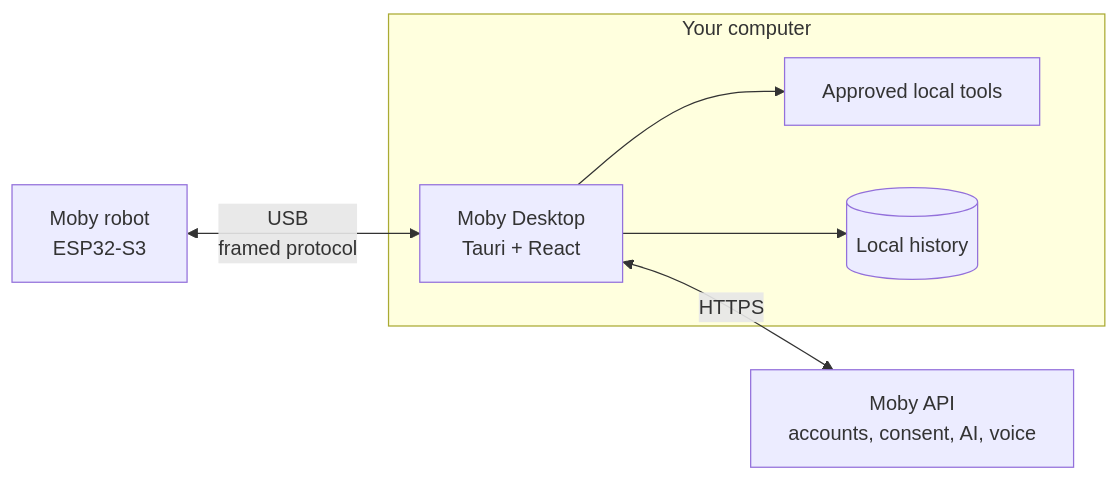
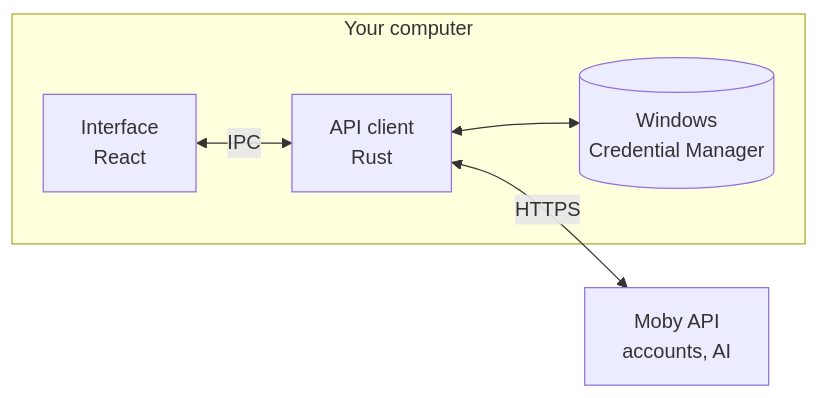
Before and after one commit to mobyuz/moby-desktop: the diagram in README.md, drawn with Mermaid. The commit also changed other lines of this file and 48 other files, not shown here.

First line of the commit message:
feat: replace demo screens with a working API client and chat

````diff
--- a/README.md
+++ b/README.md
@@ -81,12 +74,8 @@
 ```mermaid
 flowchart LR
-    Robot["Moby robot<br/>ESP32-S3"] <-->|"USB<br/>framed protocol"| App
     subgraph PC["Your computer"]
-        App["Moby Desktop<br/>Tauri + React"]
-        Tools["Approved local tools"]
-        Store[("Local history")]
-        App --> Tools
-        App --> Store
+        UI["Interface<br/>React"] <-->|"IPC"| Client["API client<br/>Rust"]
+        Client <--> Vault[("Windows<br/>Credential Manager")]
     end
-    App <-->|"HTTPS"| API["Moby API<br/>accounts, consent, AI, voice"]
+    Client <-->|"HTTPS"| API["Moby API<br/>accounts, AI"]
 ```
````
